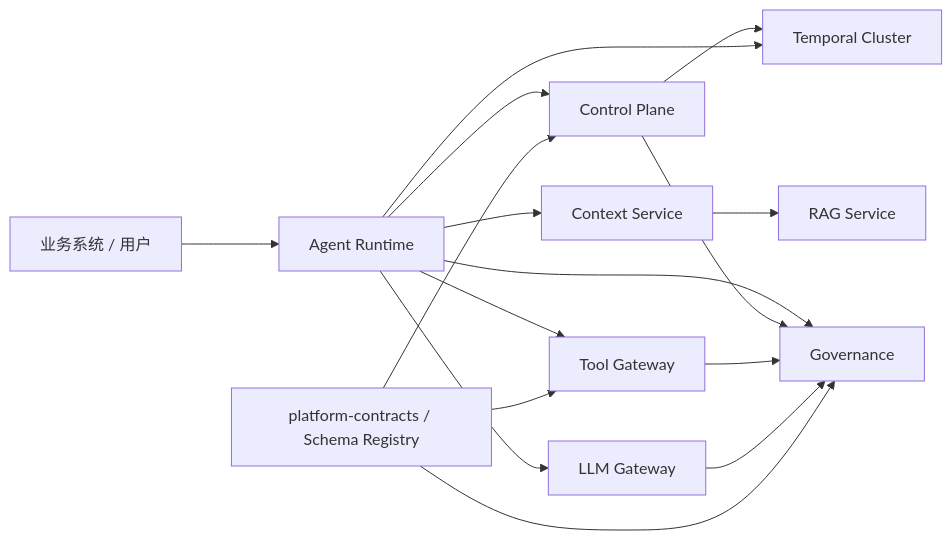
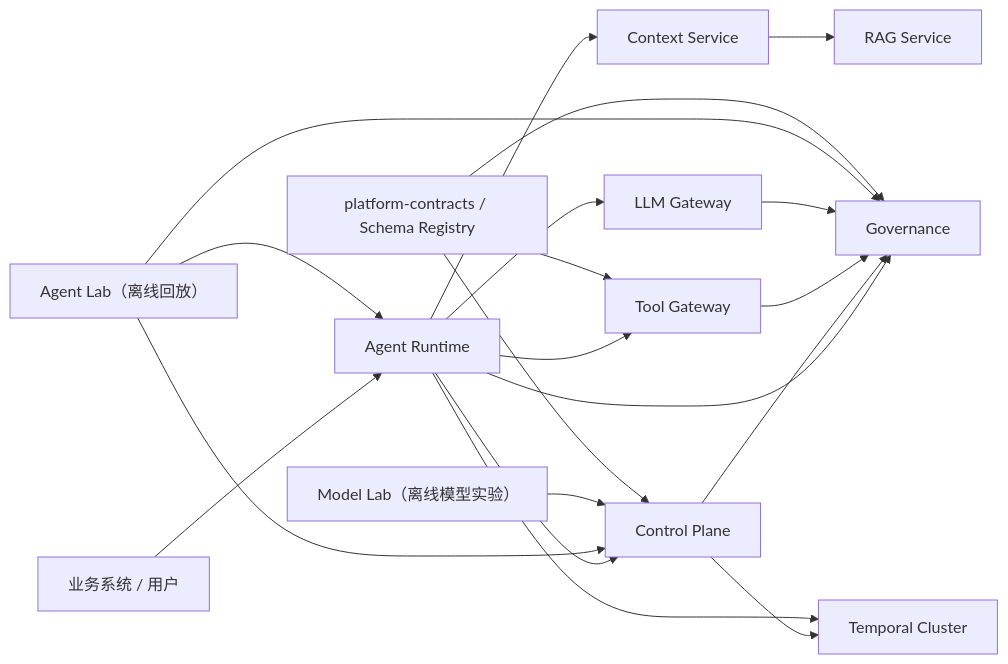
One commit to teacherMaostudent/agent changed the diagram in README.md. Above: the diagram before and after it, drawn with Mermaid. The commit also changed other lines of this file and 89 other files, not shown here.

````diff
--- a/README.md
+++ b/README.md
@@ -33,18 +39,22 @@
 ```mermaid
 flowchart LR
     Client["业务系统 / 用户"] --> Runtime["Agent Runtime"]
     Runtime --> CP["Control Plane"]
     Runtime --> Context["Context Service"]
     Context --> RAG["RAG Service"]
     Runtime --> LLM["LLM Gateway"]
     Runtime --> Tool["Tool Gateway"]
     Runtime --> Gov["Governance"]
     CP --> Gov
     Tool --> Gov
     LLM --> Gov
     CP --> Temporal["Temporal Cluster"]
     Runtime --> Temporal
+    AgentLab["Agent Lab（离线回放）"] --> CP
+    AgentLab --> Runtime
+    AgentLab --> Gov
+    ModelLab["Model Lab（离线模型实验）"] --> CP
     Contracts["platform-contracts / Schema Registry"] --> CP
     Contracts --> Tool
     Contracts --> Gov
 ```
````
